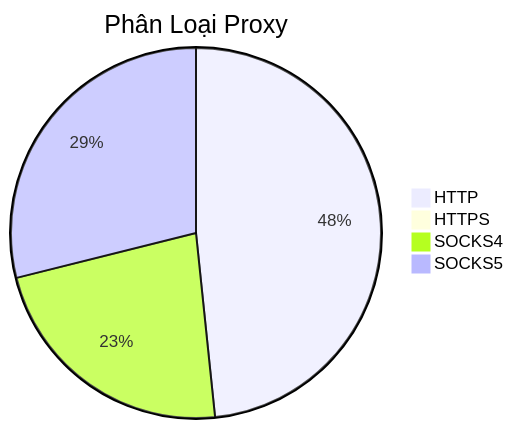
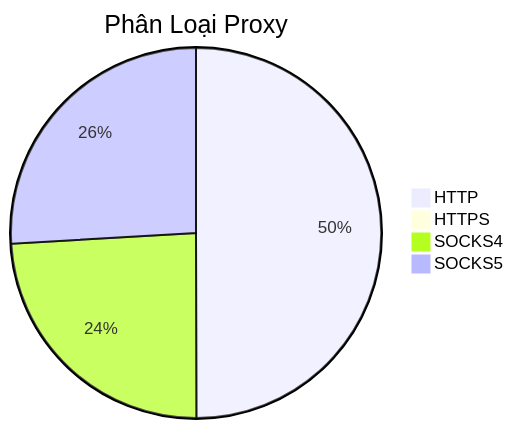
One commit to Ciara-12/PROXY-free changed the diagram in README.md. Above: the diagram before and after it, drawn with Mermaid. The commit also changed other lines of this file and 4 other files, not shown here.

````diff
--- a/README.md
+++ b/README.md
@@ -26,7 +26,7 @@
 ```mermaid
 pie title Phân Loại Proxy
-    "HTTP" : 691
-    "HTTPS" : 0
-    "SOCKS4" : 325
-    "SOCKS5" : 413
+    "HTTP" : 738
+    "HTTPS" : 1
+    "SOCKS4" : 356
+    "SOCKS5" : 383
 ```
````
